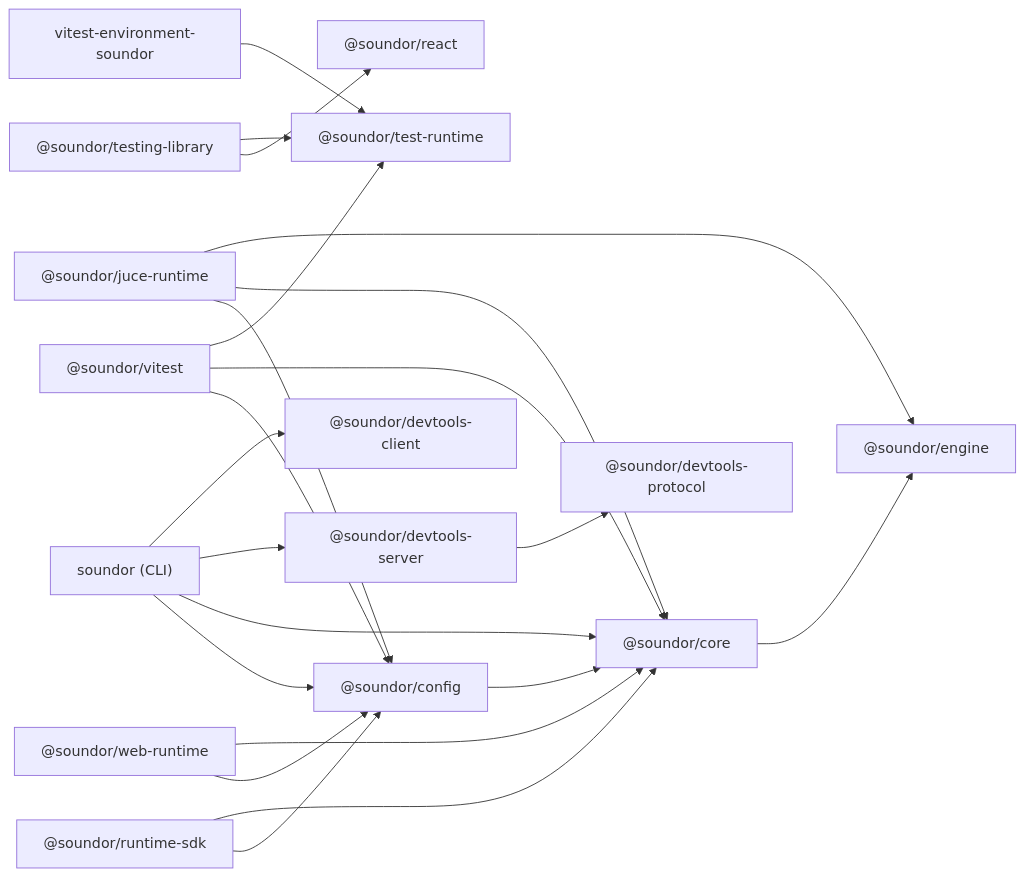
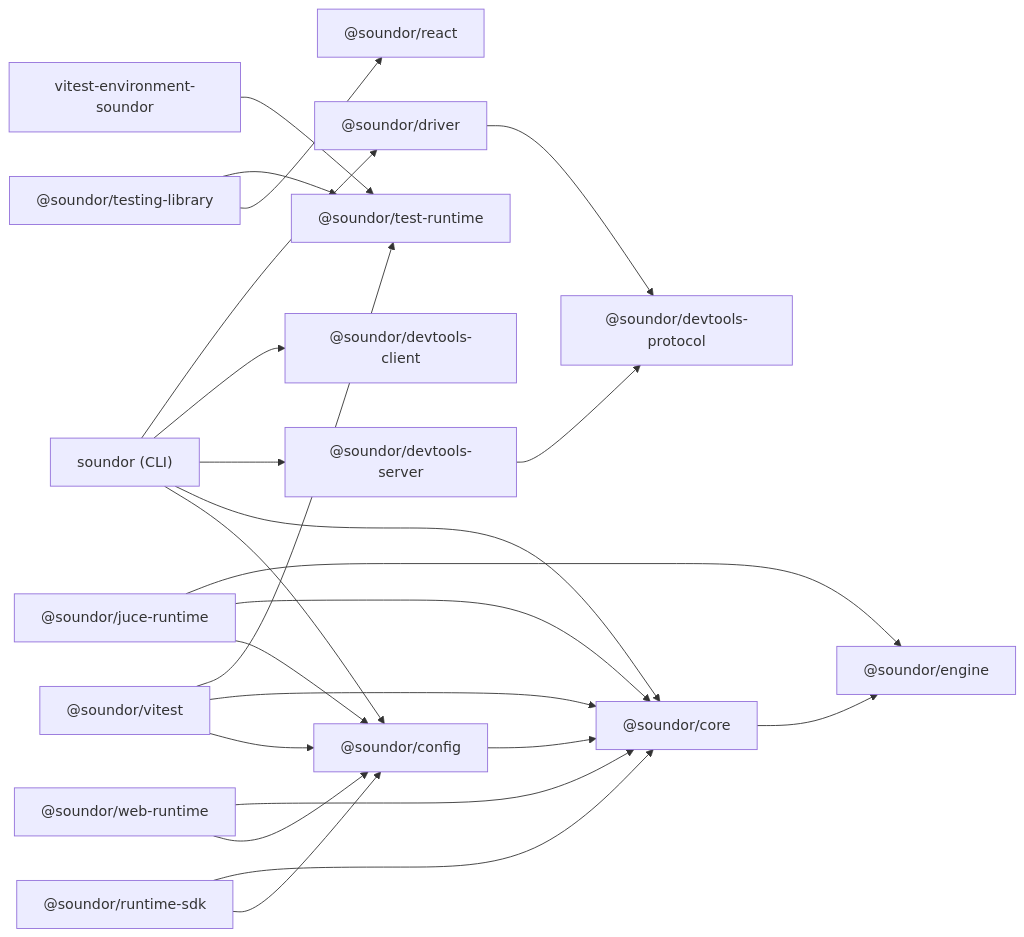
Before and after one commit to soundor/soundor: the diagram in apps/website/content/docs/contribute/packages.md, drawn with Mermaid. The commit also changed other lines of this file and 52 other files, not shown here.

First line of the commit message:
feat(driver): add connected driver SDK and inspection CLI

````diff
--- a/apps/website/content/docs/contribute/packages.md
+++ b/apps/website/content/docs/contribute/packages.md
@@ -24,23 +24,25 @@
 ```mermaid
 flowchart LR
     cli["soundor (CLI)"] --> config["@soundor/config"]
     cli --> core["@soundor/core"]
     cli --> dtserver["@soundor/devtools-server"]
     cli --> dtclient["@soundor/devtools-client"]
+    cli --> driver["@soundor/driver"]
+    driver --> dtprotocol
     dtserver --> dtprotocol["@soundor/devtools-protocol"]
     config --> core
     core --> engine["@soundor/engine"]
     sdk["@soundor/runtime-sdk"] --> config
     sdk --> core
     juce["@soundor/juce-runtime"] --> config
     juce --> core
     juce --> engine
     web["@soundor/web-runtime"] --> config
     web --> core
     vitest["@soundor/vitest"] --> config
     vitest --> core
     vitest --> testruntime["@soundor/test-runtime"]
     env["vitest-environment-soundor"] --> testruntime
     tl["@soundor/testing-library"] --> react["@soundor/react"]
     tl --> testruntime
 ```
````
